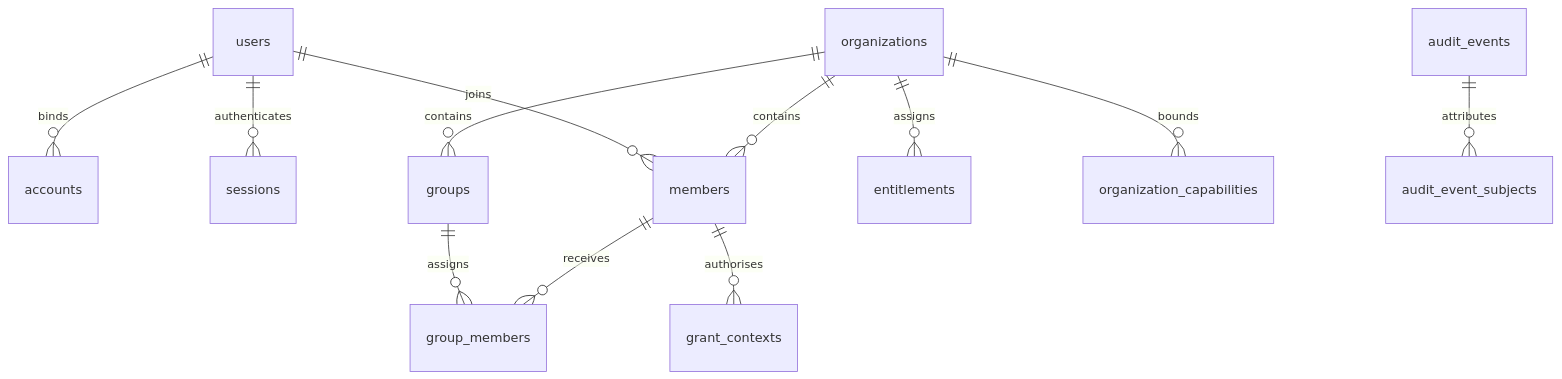
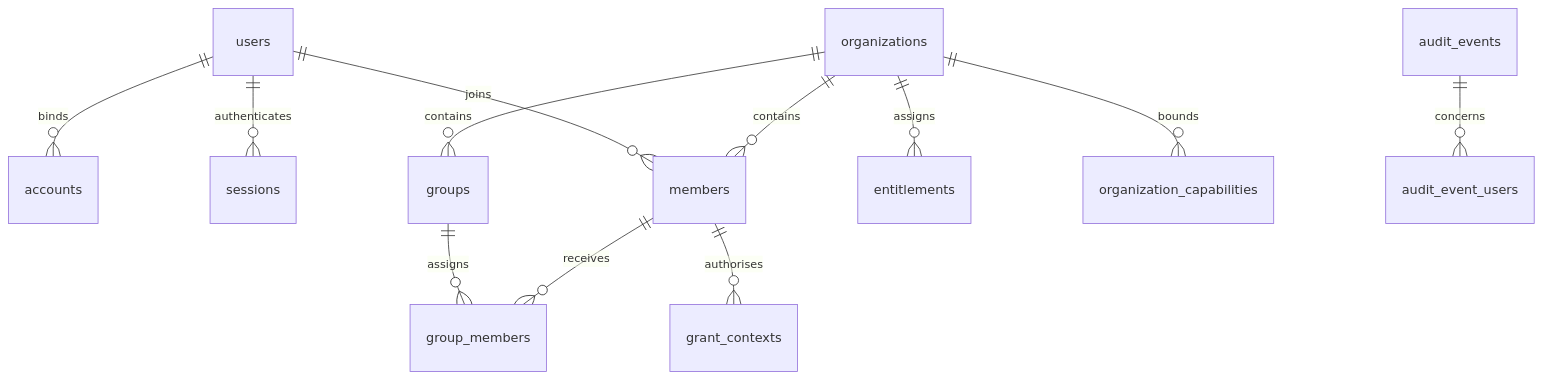
The diagram in docs/04-answerable-id-schema.md (Rieranthony/answerable-monorepo), drawn with Mermaid before and after one commit. The commit also changed other lines of this file and 7 other files, not shown here.

First line of the commit message:
Describe the cleaned ID schema, audit actions and grant evidence

````diff
--- a/docs/04-answerable-id-schema.md
+++ b/docs/04-answerable-id-schema.md
@@ -11,14 +11,14 @@
 ```mermaid
 erDiagram
   users ||--o{ accounts : binds
   users ||--o{ sessions : authenticates
   users ||--o{ members : joins
   organizations ||--o{ members : contains
   organizations ||--o{ groups : contains
   groups ||--o{ group_members : assigns
   members ||--o{ group_members : receives
   organizations ||--o{ entitlements : assigns
   organizations ||--o{ organization_capabilities : bounds
   members ||--o{ grant_contexts : authorises
-  audit_events ||--o{ audit_event_subjects : attributes
+  audit_events ||--o{ audit_event_users : concerns
 ```
````
